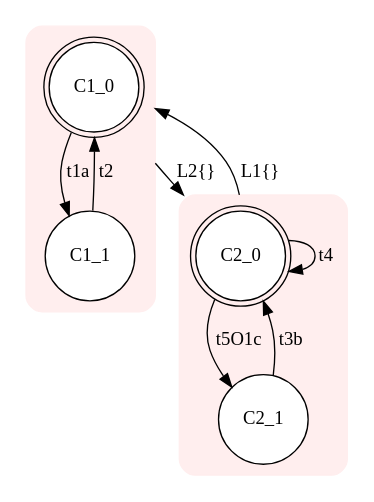
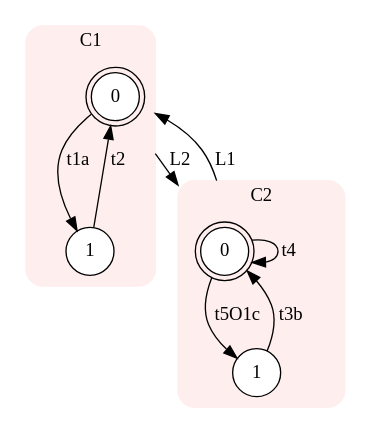
Before and after one commit to Stefano-BS/Explanatory-Diagnosis: the diagram in input/r.dot, drawn with Graphviz. The commit also changed 40 other files, not shown here.

```diff
--- a/input/r.dot
+++ b/input/r.dot
@@ -1,18 +1,20 @@
 digraph "input/r" {
 node [style=filled fillcolor=white] compound=true
+subgraph cluster0 {
+style="rounded,filled" label="C1" color="#FFEEEE"node [shape=doublecircle]; C0s0 [label=0];
+node [shape=circle];
+C0s1 [label=1]; 
+C0s0 -> C0s1 [label="t1a"];
+C0s1 -> C0s0 [label="t2"];
+}
 subgraph cluster1 {
-style="rounded,filled" color="#FFEEEE"node [shape=doublecircle]; C1_0;
+style="rounded,filled" label="C2" color="#FFEEEE"node [shape=doublecircle]; C1s0 [label=0];
 node [shape=circle];
-C1_0 -> C1_1 [label="t1a"];
-C1_1 -> C1_0 [label="t2"];
+C1s1 [label=1]; 
+C1s1 -> C1s0 [label="t3b"];
+C1s0 -> C1s0 [label="t4"];
+C1s0 -> C1s1 [label="t5O1c"];
 }
-subgraph cluster2 {
-style="rounded,filled" color="#FFEEEE"node [shape=doublecircle]; C2_0;
-node [shape=circle];
-C2_1 -> C2_0 [label="t3b"];
-C2_0 -> C2_0 [label="t4"];
-C2_0 -> C2_1 [label="t5O1c"];
+C1s0 -> C0s0 [ltail=cluster1 lhead=cluster0 label="L1"];
+C0s0 -> C1s0 [ltail=cluster0 lhead=cluster1 label="L2"];
 }
-C2_0 -> C1_0 [ltail=cluster2 lhead=cluster1 label="L1{}"];
-C1_0 -> C2_0 [ltail=cluster1 lhead=cluster2 label="L2{}"];
-}
```
